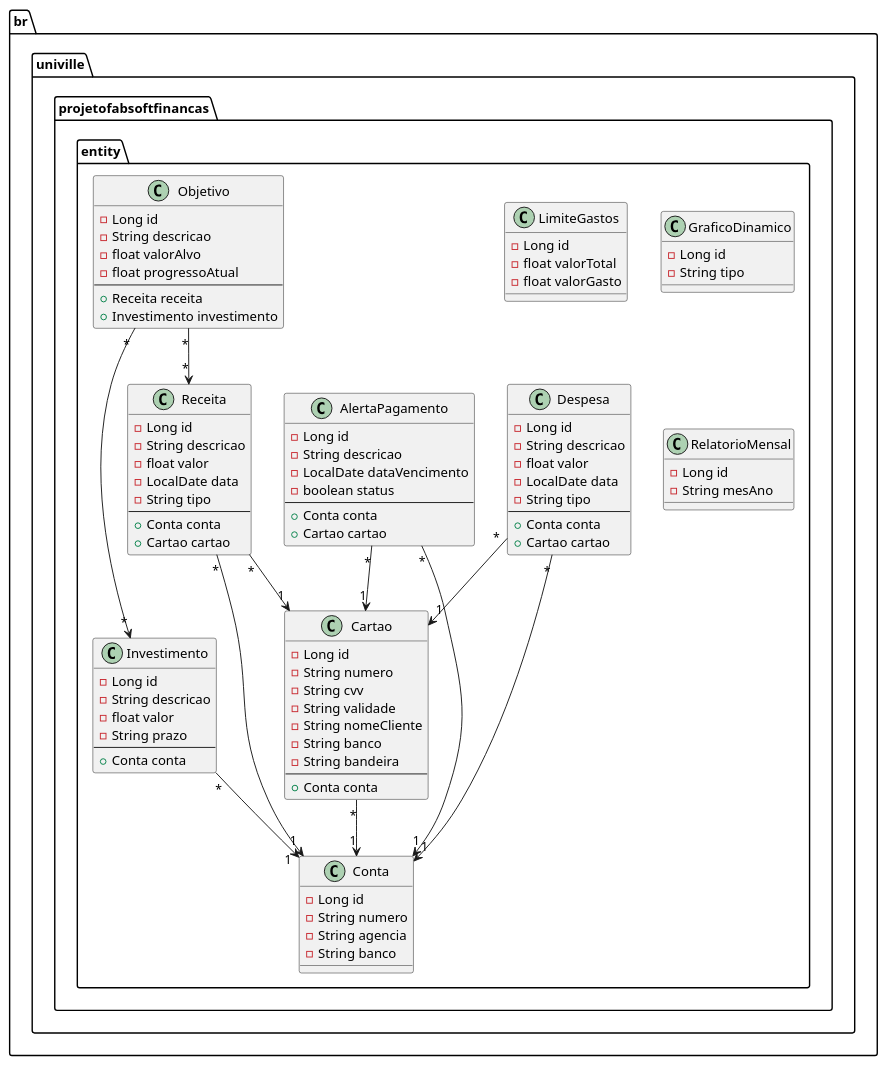
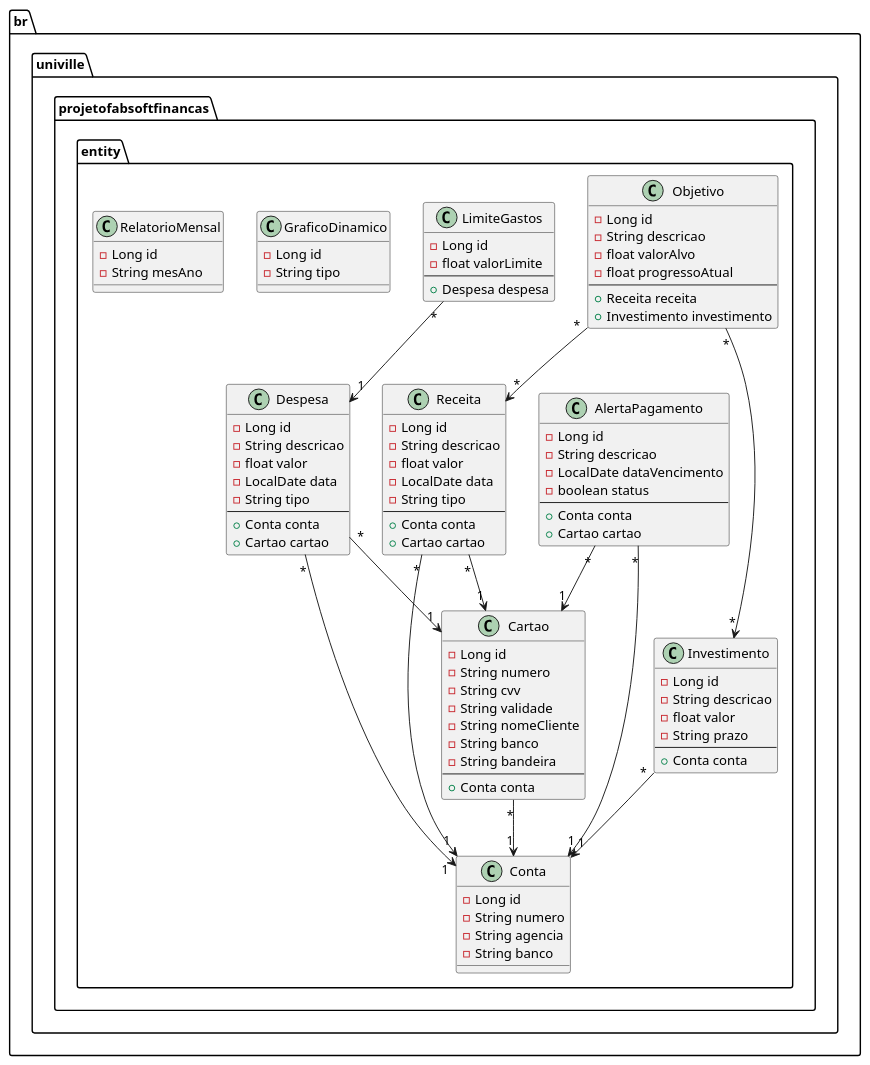
The diagram in diagramas/classes.puml (Th3FIa5h/fabsofta-Mateus-Nikolas), drawn with PlantUML before and after one commit. The commit also changed 8 other files, not shown here.

```diff
--- a/diagramas/classes.puml
+++ b/diagramas/classes.puml
@@ -1,99 +1,101 @@
 @startuml
 package br.univille.projetofabsoftfinancas.entity {
     class Receita {
         - Long id
         - String descricao
         - float valor
         - LocalDate data
         - String tipo
         --
         + Conta conta
         + Cartao cartao
     }
 
     class Despesa {
         - Long id
         - String descricao
         - float valor
         - LocalDate data
         - String tipo
         --
         + Conta conta
         + Cartao cartao
     }
 
     class Conta {
         - Long id
         - String numero
         - String agencia
         - String banco
     }
 
     class Cartao {
         - Long id
         - String numero
         - String cvv
         - String validade
         - String nomeCliente
         - String banco
         - String bandeira
         --
         + Conta conta
     }
 
     class Investimento {
         - Long id
         - String descricao
         - float valor
         - String prazo
         --
         + Conta conta
     }
 
     class AlertaPagamento {
         - Long id
         - String descricao
         - LocalDate dataVencimento
         - boolean status
         --
         + Conta conta
         + Cartao cartao
     }
 
     class Objetivo {
         - Long id
         - String descricao
         - float valorAlvo
         - float progressoAtual
         --
         + Receita receita
         + Investimento investimento
     }
 
     class LimiteGastos {
         - Long id
-        - float valorTotal
-        - float valorGasto
+        - float valorLimite
+        --
+        + Despesa despesa
     }
 
     class GraficoDinamico {
         - Long id
         - String tipo
     }
 
     class RelatorioMensal {
         - Long id
         - String mesAno
     }
 
     Receita "*" --> "1" Conta 
     Receita "*" --> "1" Cartao 
     Despesa "*" --> "1" Conta 
     Despesa "*" --> "1" Cartao 
     Cartao "*" --> "1" Conta 
     Investimento "*" --> "1" Conta 
     AlertaPagamento "*" --> "1" Conta 
     AlertaPagamento "*" --> "1" Cartao 
     Objetivo "*" --> "*" Receita 
     Objetivo "*" --> "*" Investimento 
+    LimiteGastos "*" --> "1" Despesa
 @enduml
```
